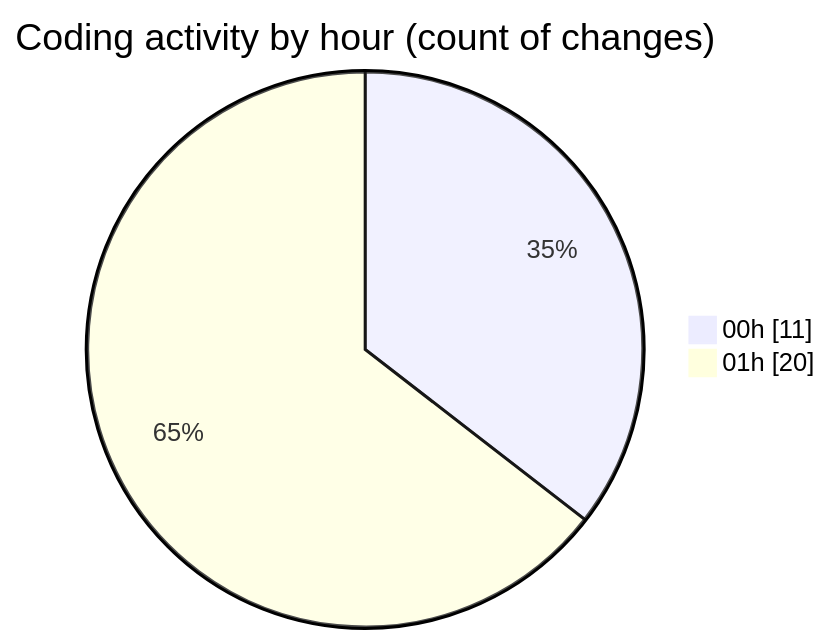
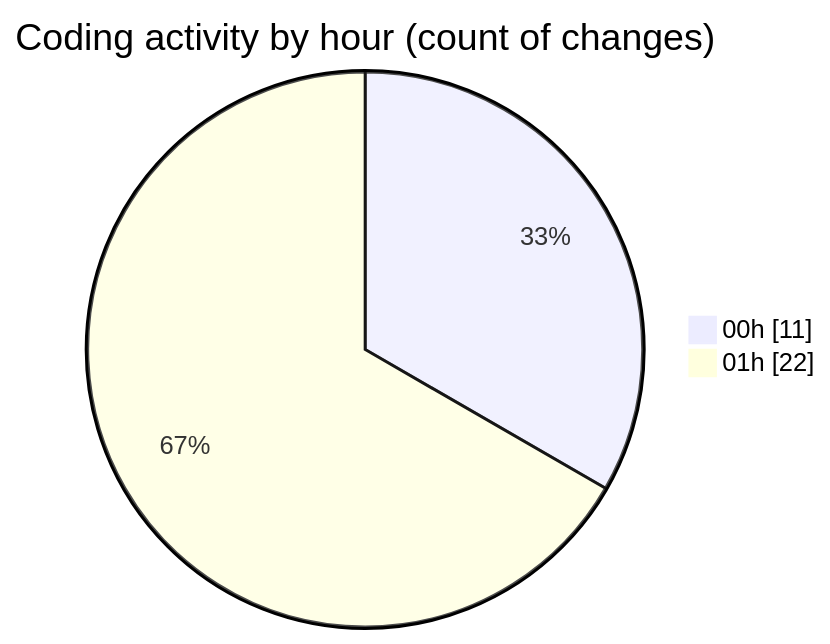
One commit to 3Nya3/code-tracking changed the second of 2 diagrams in 2025-01-02/mods/README.md. Above: the diagram before and after it, drawn with Mermaid. The commit also changed other lines of this file and 1 other file, not shown here.

````diff
--- a/2025-01-02/mods/README.md
+++ b/2025-01-02/mods/README.md
@@ -29,6 +29,6 @@
 ```mermaid
 pie showData
 title Coding activity by hour (count of changes)
 "00h" : 11
-"01h" : 20
+"01h" : 22
 ```
````
